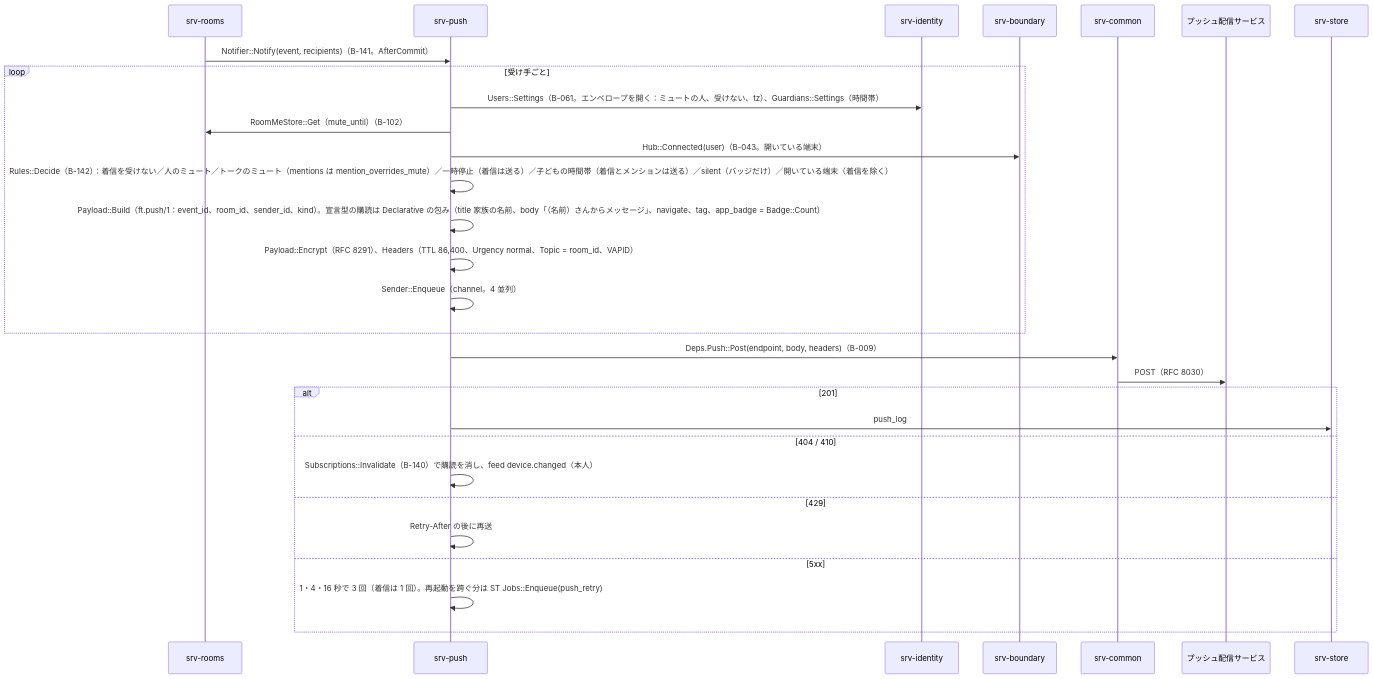
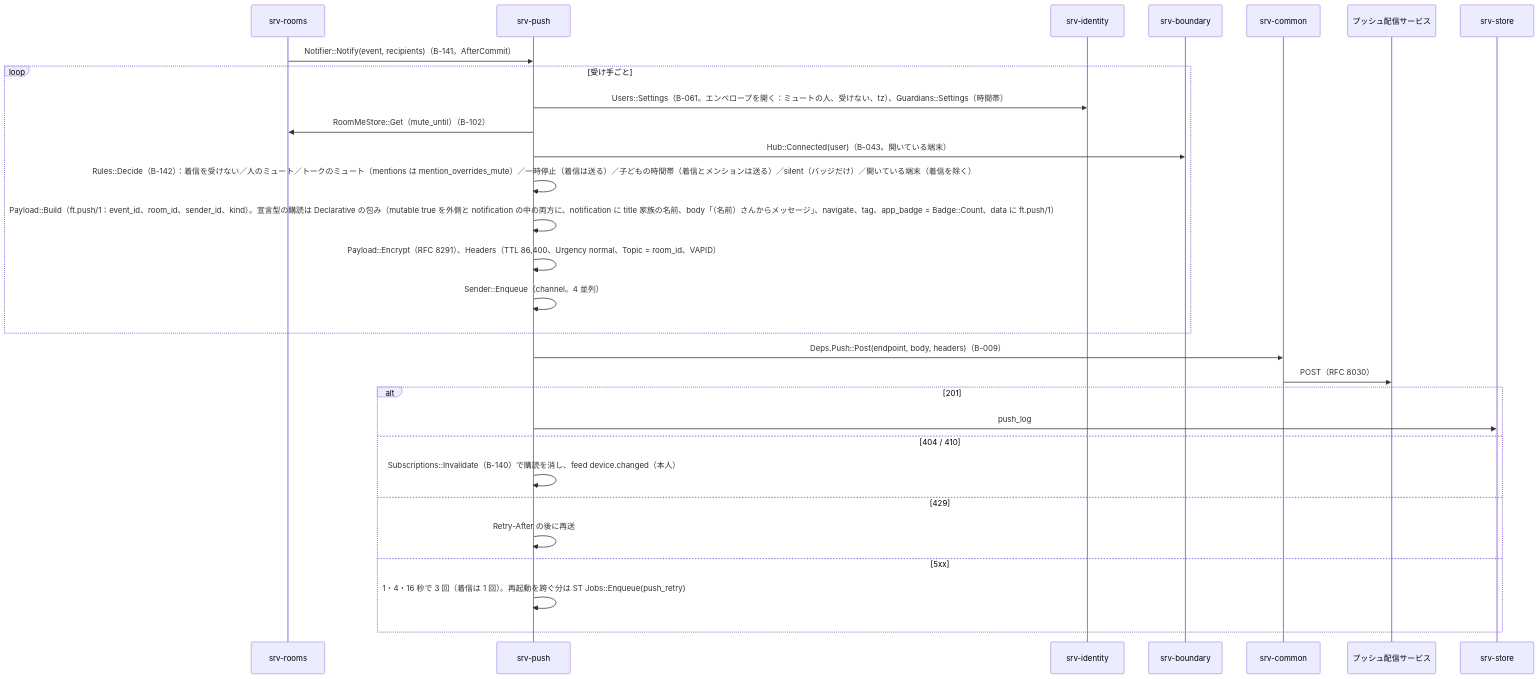
The first of 5 diagrams in dev/docs/jp/シーケンス/08_通知.md (nrsd-ishikawasou/family-talk-pwa), drawn with Mermaid before and after one commit. The commit also changed other lines of this file and 165 other files, not shown here.

````diff
--- a/dev/docs/jp/シーケンス/08_通知.md
+++ b/dev/docs/jp/シーケンス/08_通知.md
@@ -16,31 +16,31 @@
 ```mermaid
 sequenceDiagram
   participant RM as srv-rooms
   participant PS as srv-push
   participant ID as srv-identity
   participant BD as srv-boundary
   participant CM as srv-common
   participant REL as プッシュ配信サービス
   participant ST as srv-store
   RM->>PS: Notifier::Notify(event, recipients)（B-141。AfterCommit）
   loop 受け手ごと
     PS->>ID: Users::Settings（B-061。エンベロープを開く：ミュートの人、受けない、tz）、Guardians::Settings（時間帯）
     PS->>RM: RoomMeStore::Get（mute_until）（B-102）
     PS->>BD: Hub::Connected(user)（B-043。開いている端末）
     PS->>PS: Rules::Decide（B-142）：着信を受けない／人のミュート／トークのミュート（mentions は mention_overrides_mute）／一時停止（着信は送る）／子どもの時間帯（着信とメンションは送る）／silent（バッジだけ）／開いている端末（着信を除く）
-    PS->>PS: Payload::Build（ft.push/1：event_id、room_id、sender_id、kind）。宣言型の購読は Declarative の包み（title 家族の名前、body「（名前）さんからメッセージ」、navigate、tag、app_badge = Badge::Count）
+    PS->>PS: Payload::Build（ft.push/1：event_id、room_id、sender_id、kind）。宣言型の購読は Declarative の包み（mutable true を外側と notification の中の両方に、notification に title 家族の名前、body「（名前）さんからメッセージ」、navigate、tag、app_badge = Badge::Count、data に ft.push/1）
     PS->>PS: Payload::Encrypt（RFC 8291）、Headers（TTL 86,400、Urgency normal、Topic = room_id、VAPID）
     PS->>PS: Sender::Enqueue（channel。4 並列）
   end
   PS->>CM: Deps.Push::Post(endpoint, body, headers)（B-009）
   CM->>REL: POST（RFC 8030）
   alt 201
     PS->>ST: push_log
   else 404 / 410
     PS->>PS: Subscriptions::Invalidate（B-140）で購読を消し、feed device.changed（本人）
   else 429
     PS->>PS: Retry-After の後に再送
   else 5xx
     PS->>PS: 1・4・16 秒で 3 回（着信は 1 回）。再起動を跨ぐ分は ST Jobs::Enqueue(push_retry)
   end
 ```
````
